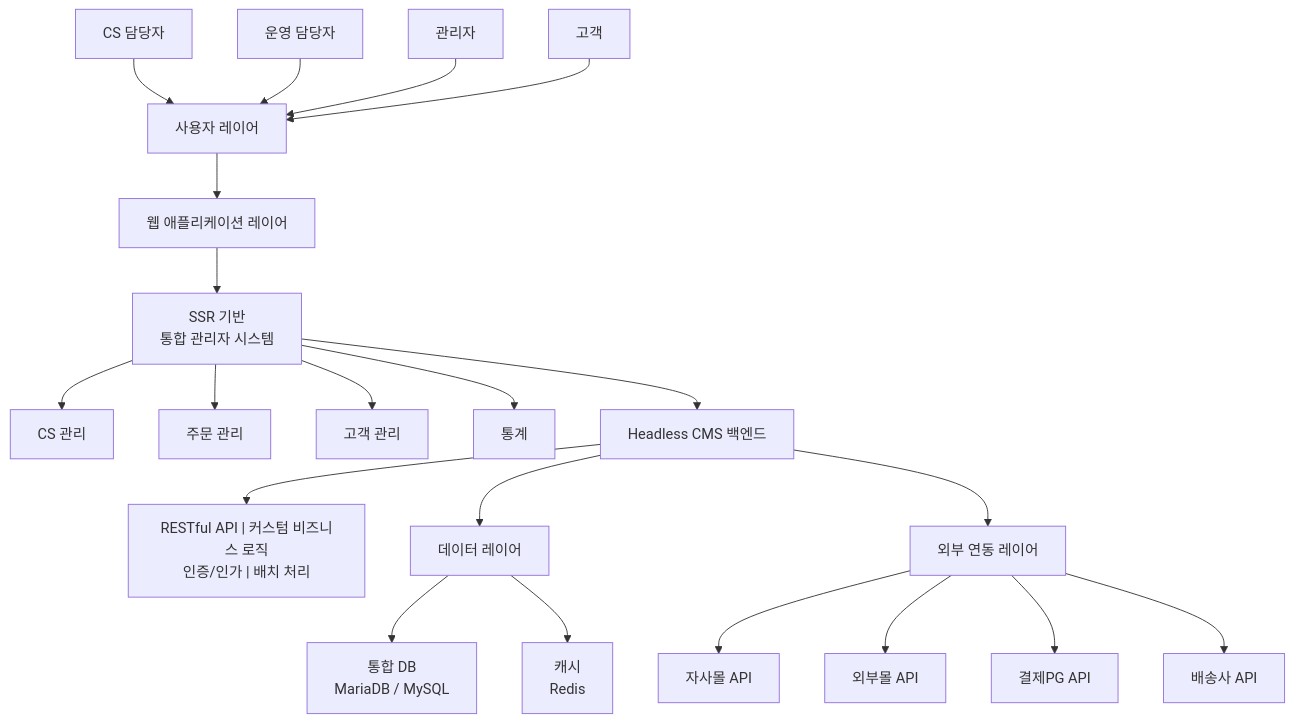
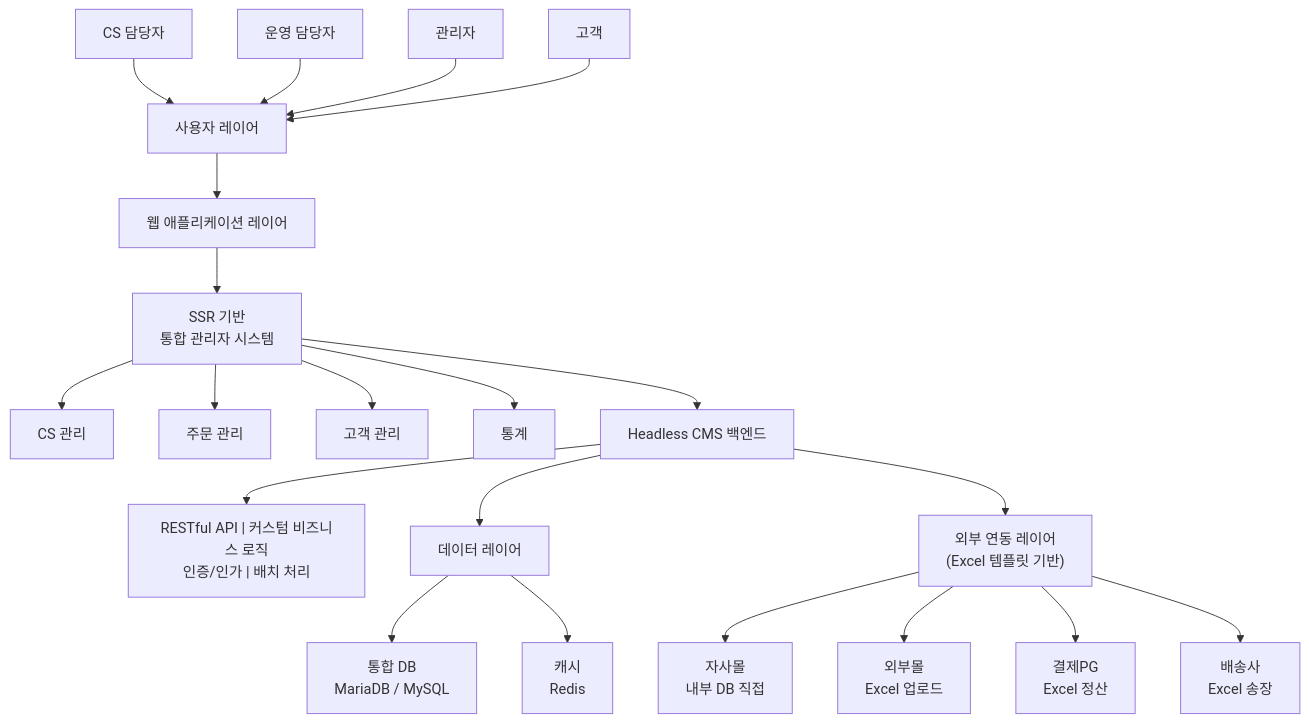
One commit to sknkwoxs/manual-book changed the first of 7 diagrams in src/content/docs/goodthinking-isp/04-design/web-architecture.md. Above: the diagram before and after it, drawn with Mermaid. The commit also changed other lines of this file and 17 other files, not shown here.

First line of the commit message:
docs(goodthinking-isp): Phase 3.5-5 — Mermaid 수정, 외부 API→Excel 템플릿 전환, 개인정보 보호 모듈 강화

````diff
--- a/src/content/docs/goodthinking-isp/04-design/web-architecture.md
+++ b/src/content/docs/goodthinking-isp/04-design/web-architecture.md
@@ -16,53 +16,53 @@
 ```mermaid
 graph TD
     Users["사용자 레이어"]
     CS["CS 담당자"]
     OP["운영 담당자"]
     ADMIN["관리자"]
     CUST["고객"]
     
     Web["웹 애플리케이션 레이어"]
     WebAdmin["SSR 기반<br/>통합 관리자 시스템"]
     CSM["CS 관리"]
     OM["주문 관리"]
     CM["고객 관리"]
     STAT["통계"]
     
     CMS["Headless CMS 백엔드"]
     CMS_ITEMS["RESTful API | 커스텀 비즈니스 로직<br/>인증/인가 | 배치 처리"]
     
     Data["데이터 레이어"]
     DB["통합 DB<br/>MariaDB / MySQL"]
     Cache["캐시<br/>Redis"]
     
-    External["외부 연동 레이어"]
-    OwnMall["자사몰 API"]
-    ExtMall["외부몰 API"]
-    PG["결제PG API"]
-    Delivery["배송사 API"]
+    External["외부 연동 레이어<br/>(Excel 템플릿 기반)"]
+    OwnMall["자사몰<br/>내부 DB 직접"]
+    ExtMall["외부몰<br/>Excel 업로드"]
+    PG["결제PG<br/>Excel 정산"]
+    Delivery["배송사<br/>Excel 송장"]
     
     CS --> Users
     OP --> Users
     ADMIN --> Users
     CUST --> Users
     
     Users --> Web
     Web --> WebAdmin
     WebAdmin --> CSM
     WebAdmin --> OM
     WebAdmin --> CM
     WebAdmin --> STAT
     
     WebAdmin --> CMS
     CMS --> CMS_ITEMS
     
     CMS --> Data
     Data --> DB
     Data --> Cache
     
     CMS --> External
     External --> OwnMall
     External --> ExtMall
     External --> PG
     External --> Delivery
 ```
````
